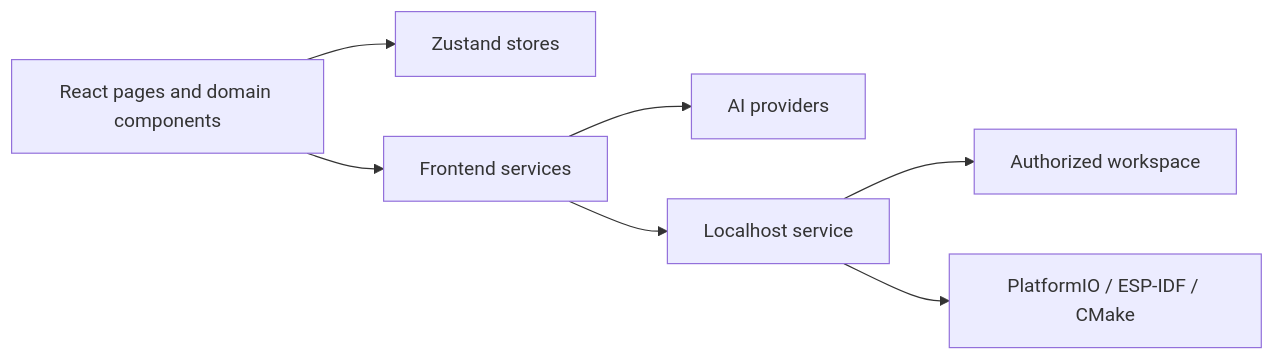
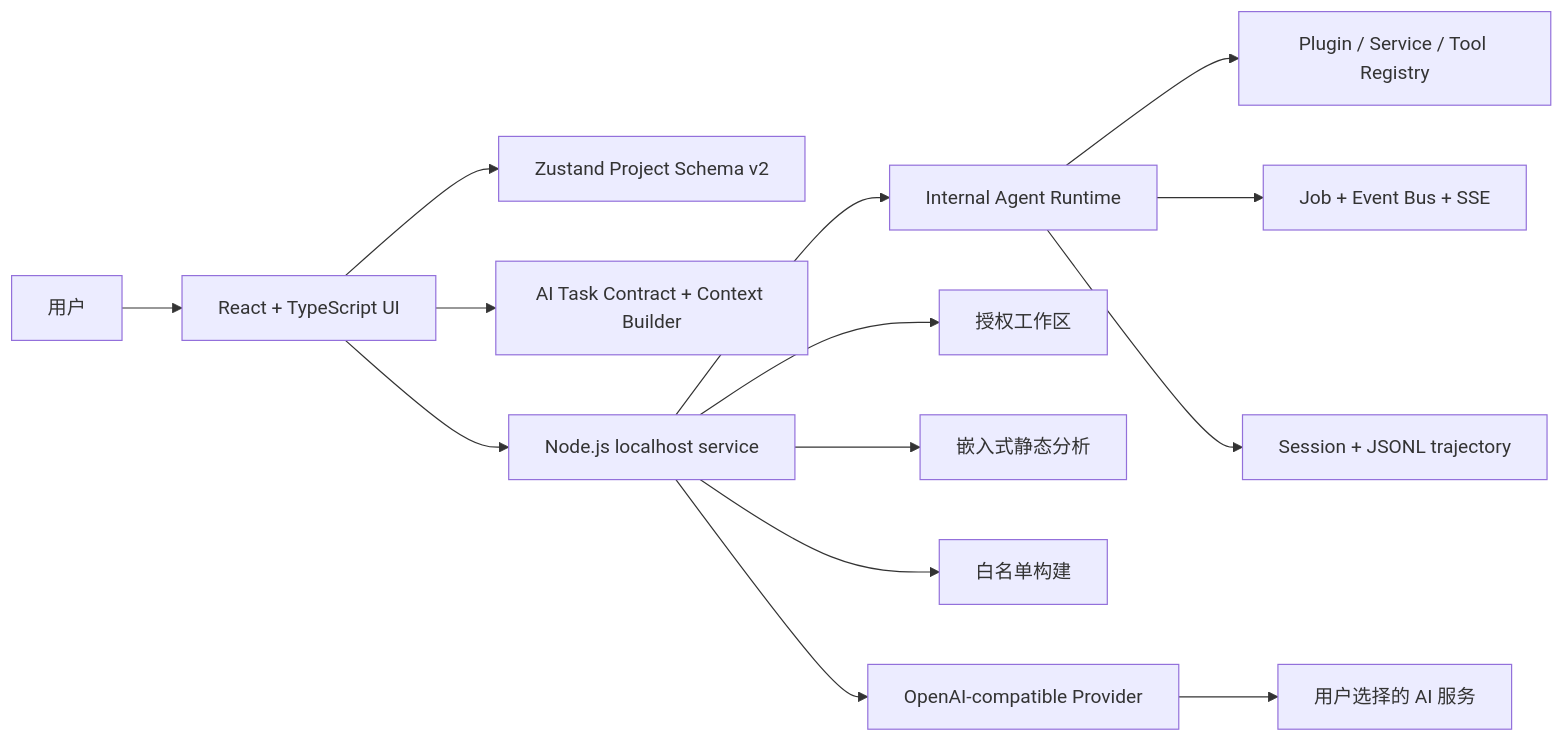
The diagram in docs/ARCHITECTURE.md (LEO-Ricardo20/MetaCore-AI), drawn with Mermaid before and after one commit. The commit also changed other lines of this file and 74 other files, not shown here.

````diff
--- a/docs/ARCHITECTURE.md
+++ b/docs/ARCHITECTURE.md
@@ -12,9 +7,16 @@
 ```mermaid
 flowchart LR
-  UI[React pages and domain components] --> Store[Zustand stores]
-  UI --> Services[Frontend services]
-  Services --> Providers[AI providers]
-  Services --> Local[Localhost service]
-  Local --> Workspace[Authorized workspace]
-  Local --> Tools[PlatformIO / ESP-IDF / CMake]
+    User[用户] --> UI[React + TypeScript UI]
+    UI --> Store[Zustand Project Schema v2]
+    UI --> AIFlow[AI Task Contract + Context Builder]
+    UI --> Local[Node.js localhost service]
+    Local --> Agent[Internal Agent Runtime]
+    Agent --> Registry[Plugin / Service / Tool Registry]
+    Agent --> Jobs[Job + Event Bus + SSE]
+    Agent --> Sessions[Session + JSONL trajectory]
+    Local --> Workspace[授权工作区]
+    Local --> Analyzer[嵌入式静态分析]
+    Local --> Build[白名单构建]
+    Local --> Provider[OpenAI-compatible Provider]
+    Provider --> ExternalAI[用户选择的 AI 服务]
 ```
````
